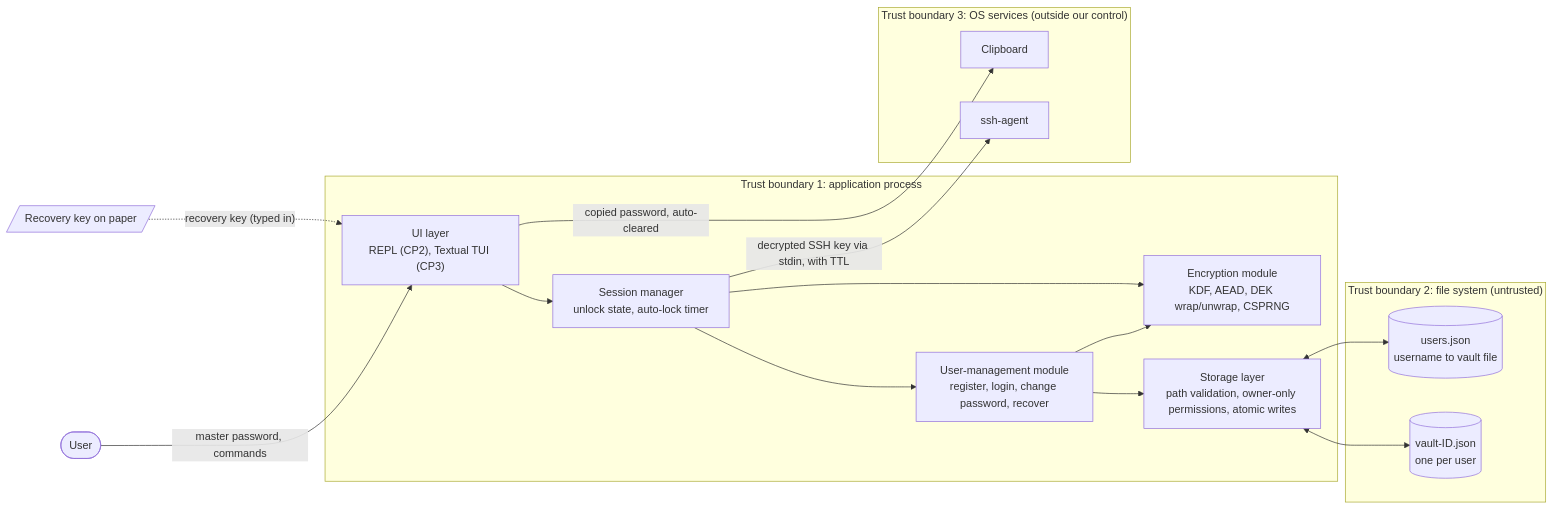
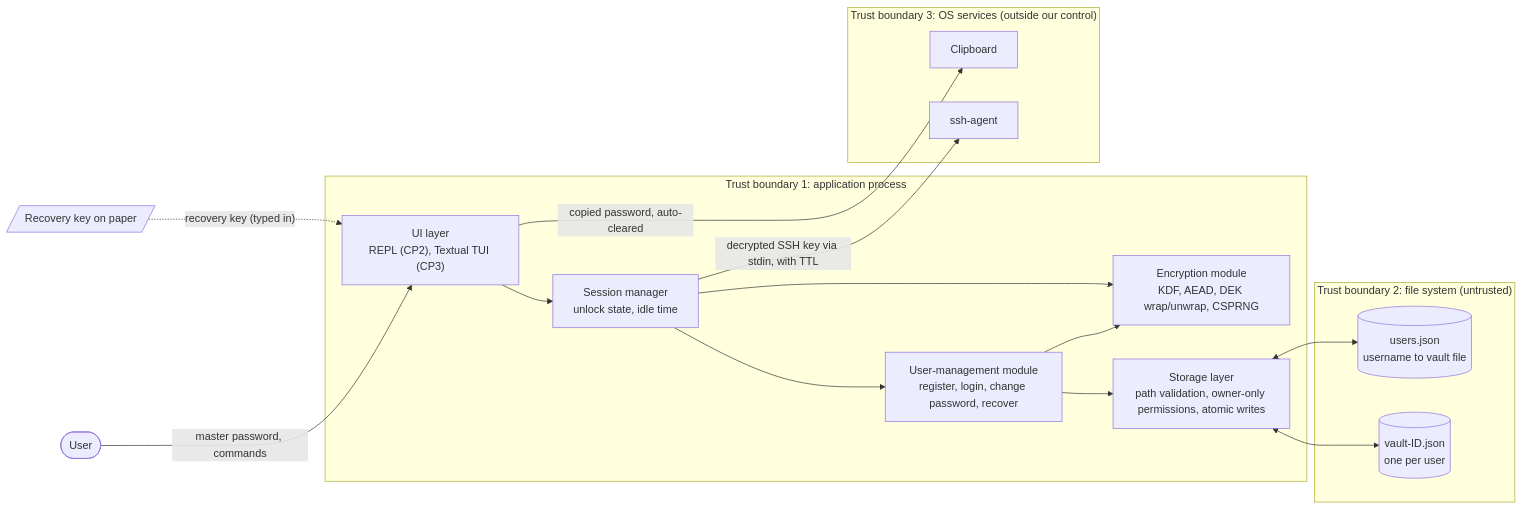
One commit to OnarYusifov/secure-programming changed the first of 2 diagrams in DESIGN.md. Above: the diagram before and after it, drawn with Mermaid. The commit also changed other lines of this file and 1 other file, not shown here.

Commit message:
docs: describe lock and auto-lock, add D14 and map T13, T15, T18

````diff
--- a/DESIGN.md
+++ b/DESIGN.md
@@ -42,35 +42,35 @@
 ```mermaid
 flowchart LR
     user(["User"])
     paper[/"Recovery key on paper"/]
 
     subgraph TB1["Trust boundary 1: application process"]
         ui["UI layer<br/>REPL (CP2), Textual TUI (CP3)"]
-        sess["Session manager<br/>unlock state, auto-lock timer"]
+        sess["Session manager<br/>unlock state, idle time"]
         um["User-management module<br/>register, login, change password, recover"]
         crypto["Encryption module<br/>KDF, AEAD, DEK wrap/unwrap, CSPRNG"]
         store["Storage layer<br/>path validation, owner-only permissions, atomic writes"]
     end
 
     subgraph TB2["Trust boundary 2: file system (untrusted)"]
         idx[("users.json<br/>username to vault file")]
         vault[("vault-ID.json<br/>one per user")]
     end
 
     subgraph TB3["Trust boundary 3: OS services (outside our control)"]
         clip["Clipboard"]
         agent["ssh-agent"]
     end
 
     user -- "master password, commands" --> ui
     paper -. "recovery key (typed in)" .-> ui
     ui --> sess
     sess --> um
     um --> crypto
     um --> store
     sess --> crypto
     store <--> idx
     store <--> vault
     ui -- "copied password, auto-cleared" --> clip
     sess -- "decrypted SSH key via stdin, with TTL" --> agent
 ```
````
